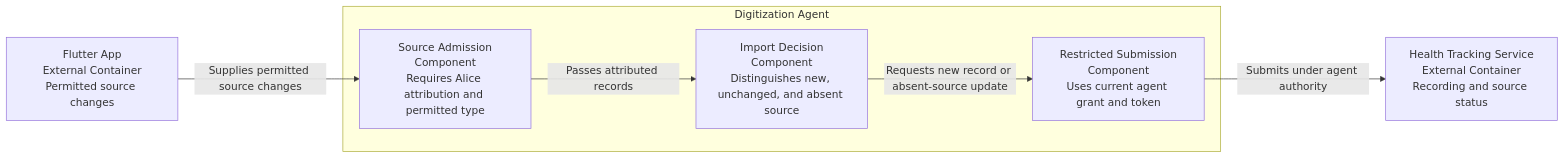
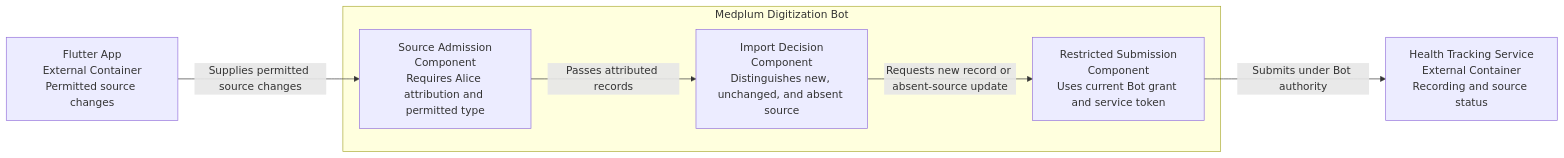
One commit to ragavsathish/medplum changed the second of 3 diagrams in examples/medplum-health-tracking/dhf/documents/design/mobile_health_sync.md. Above: the diagram before and after it, drawn with Mermaid. The commit also changed other lines of this file and 24 other files, not shown here.

Commit message:
refactor health tracking account acceptance flow

````diff
--- a/examples/medplum-health-tracking/dhf/documents/design/mobile_health_sync.md
+++ b/examples/medplum-health-tracking/dhf/documents/design/mobile_health_sync.md
@@ -109,16 +112,16 @@
 ```mermaid
 flowchart LR
     app["Flutter App<br/>External Container<br/>Permitted source changes"]
     tracking["Health Tracking Service<br/>External Container<br/>Recording and source status"]
 
-    subgraph agent["Digitization Agent"]
+    subgraph agent["Medplum Digitization Bot"]
         admission["Source Admission<br/>Component<br/>Requires Alice attribution and permitted type"]
         decision["Import Decision<br/>Component<br/>Distinguishes new, unchanged, and absent source"]
-        submission["Restricted Submission<br/>Component<br/>Uses current agent grant and token"]
+        submission["Restricted Submission<br/>Component<br/>Uses current Bot grant and service token"]
     end
 
     app -->|"Supplies permitted source changes"| admission
     admission -->|"Passes attributed records"| decision
     decision -->|"Requests new record or absent-source update"| submission
-    submission -->|"Submits under agent authority"| tracking
+    submission -->|"Submits under Bot authority"| tracking
 ```
````
